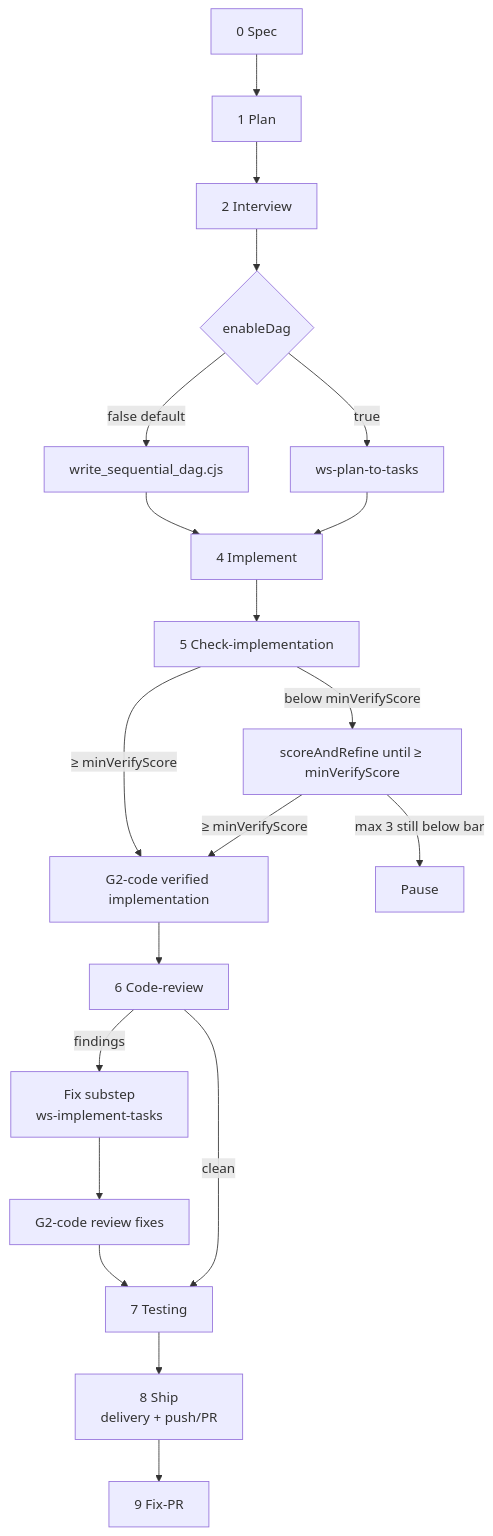
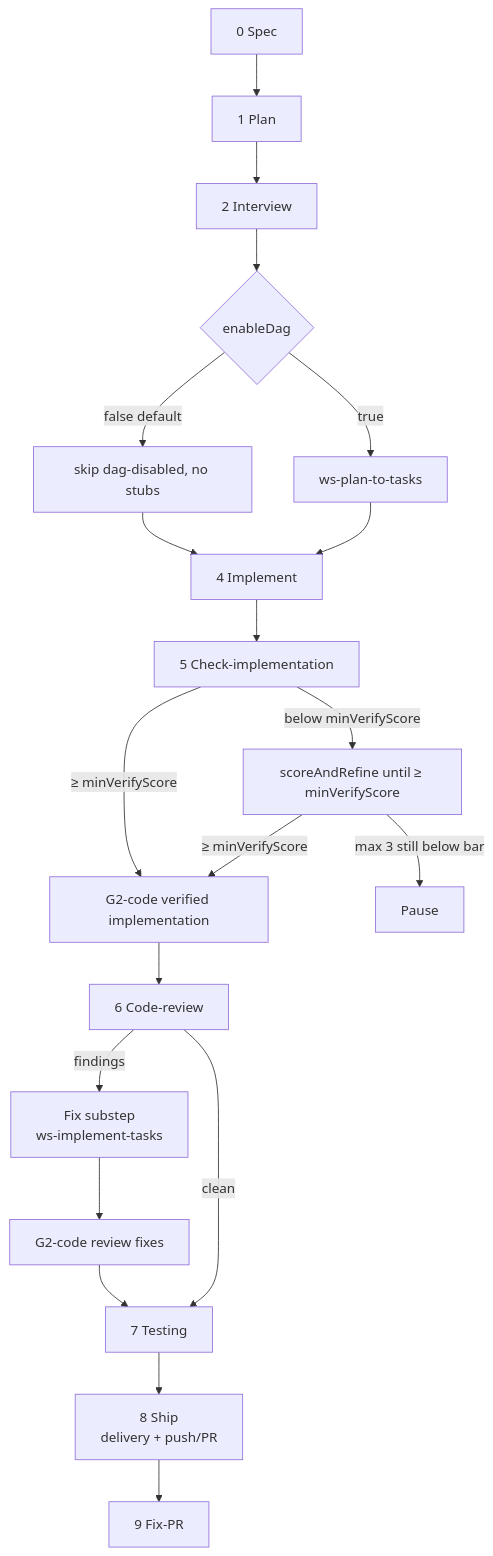
The second of 6 diagrams in .agents/skills/ws-spec-to-pr/DIAGRAM.md (jpolvora/workflow-skills), drawn with Mermaid before and after one commit. The commit also changed 13 other files, not shown here.

````diff
--- a/.agents/skills/ws-spec-to-pr/DIAGRAM.md
+++ b/.agents/skills/ws-spec-to-pr/DIAGRAM.md
@@ -25,22 +25,22 @@
 ```mermaid
 flowchart TD
   S0[0 Spec] --> S1[1 Plan]
   S1 --> S2[2 Interview]
   S2 --> S3{enableDag}
-  S3 -->|false default| Stub[write_sequential_dag.cjs]
+  S3 -->|false default| Skip[skip dag-disabled, no stubs]
   S3 -->|true| Dag[ws-plan-to-tasks]
-  Stub --> S4[4 Implement]
+  Skip --> S4[4 Implement]
   Dag --> S4
   S4 --> S5[5 Check-implementation]
   S5 -->|≥ minVerifyScore| C1[G2-code verified implementation]
   S5 -->|below minVerifyScore| G5[scoreAndRefine until ≥ minVerifyScore]
   G5 -->|≥ minVerifyScore| C1
   G5 -->|max 3 still below bar| P[Pause]
   C1 --> S6[6 Code-review]
   S6 -->|findings| Fix[Fix substep<br/>ws-implement-tasks]
   Fix --> C2[G2-code review fixes]
   C2 --> S7[7 Testing]
   S6 -->|clean| S7
   S7 --> S8[8 Ship<br/>delivery + push/PR]
   S8 --> S9[9 Fix-PR]
 ```
````
